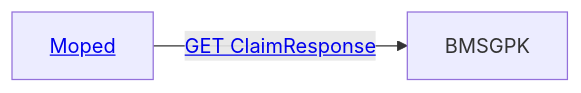
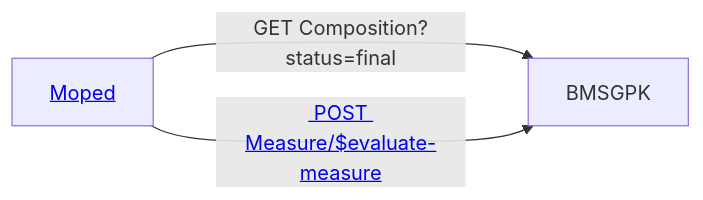
Before and after one commit to HL7Austria/ELGA-MOPED-R5: the fifth of 5 diagrams in input/pagecontent/actors.md, drawn with Mermaid. The commit also changed other lines of this file and 5 other files, not shown here.

Commit message:
#388 #569 updated process diagrams and added content

```diff
--- a/input/pagecontent/actors.md
+++ b/input/pagecontent/actors.md
@@ -85,6 +81,7 @@
 <pre class="mermaid">
     graph LR
     BMSGPK[BMSGPK]
     Moped[<a href="#top">Moped</a>] 
-    Moped -->|<a href="StructureDefinition-MopedLKFResponse.html"> GET ClaimResponse</a>| BMSGPK   
+    Moped --->|GET Composition?status=final| BMSGPK 
+    Moped --->|<a href="https://www.hl7.org/fhir/operation-measure-evaluate-measure.html"> POST Measure/$evaluate-measure</a>| BMSGPK
 </pre>
```
